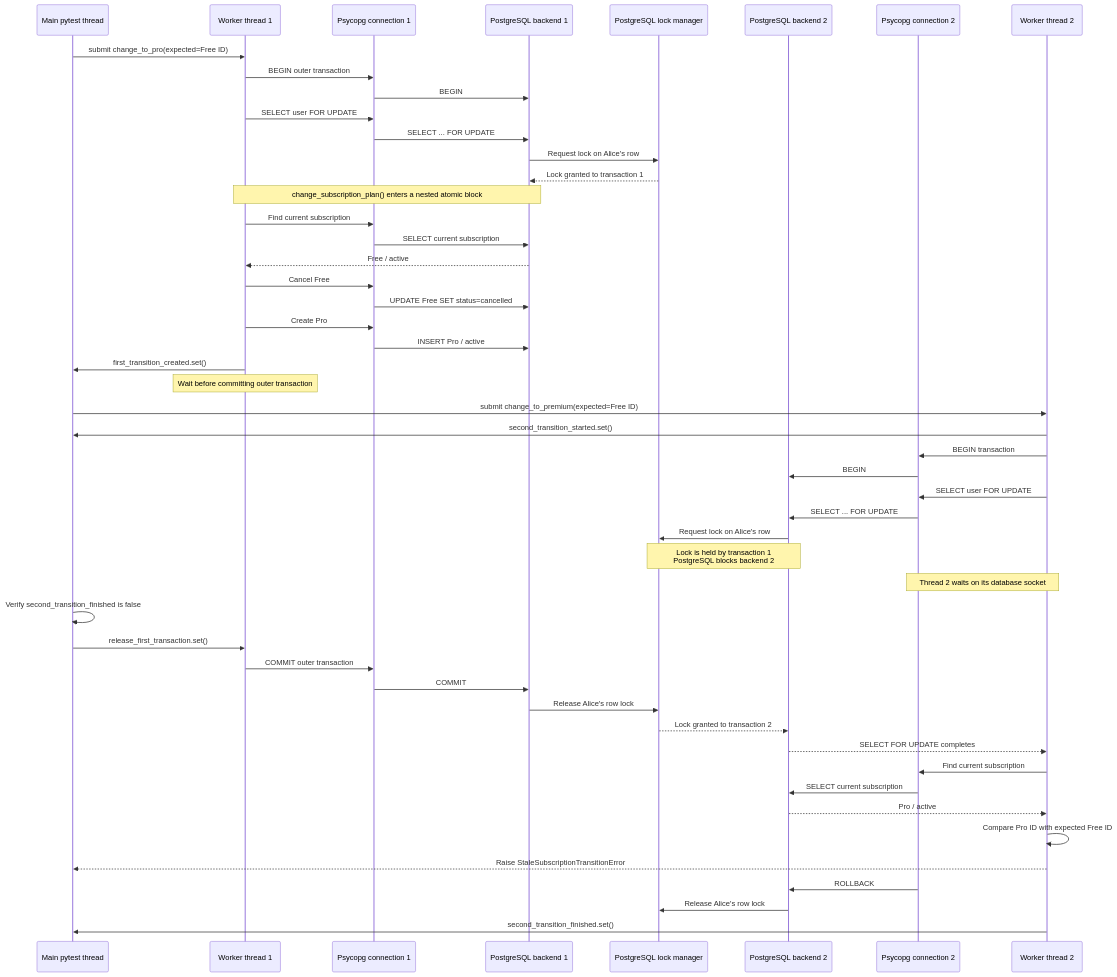
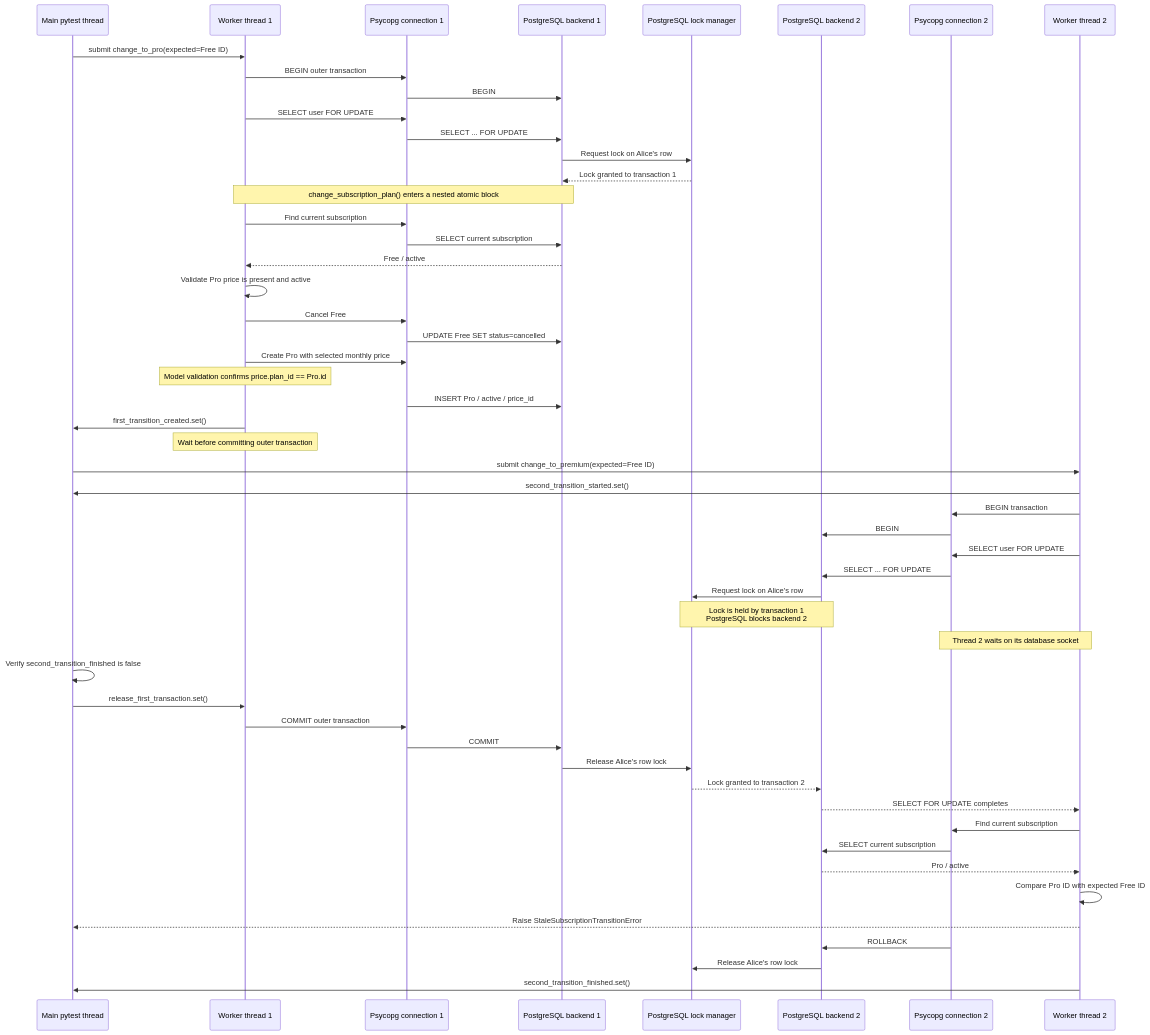
One commit to elvisrepo/long changed the second of 2 diagrams in reference_docs/knowledge/37-subscription-transition-concurrency.md. Above: the diagram before and after it, drawn with Mermaid. The commit also changed other lines of this file and 6 other files, not shown here.

Commit message:
feat(subscriptions): enforce selected prices during plan transitions

````diff
--- a/reference_docs/knowledge/37-subscription-transition-concurrency.md
+++ b/reference_docs/knowledge/37-subscription-transition-concurrency.md
@@ -93,70 +94,73 @@
 ```mermaid
 sequenceDiagram
     participant M as Main pytest thread
     participant T1 as Worker thread 1
     participant C1 as Psycopg connection 1
     participant P1 as PostgreSQL backend 1
     participant L as PostgreSQL lock manager
     participant P2 as PostgreSQL backend 2
     participant C2 as Psycopg connection 2
     participant T2 as Worker thread 2
 
     M->>T1: submit change_to_pro(expected=Free ID)
 
     T1->>C1: BEGIN outer transaction
     C1->>P1: BEGIN
 
     T1->>C1: SELECT user FOR UPDATE
     C1->>P1: SELECT ... FOR UPDATE
     P1->>L: Request lock on Alice's row
     L-->>P1: Lock granted to transaction 1
 
     Note over T1,P1: change_subscription_plan() enters a nested atomic block
 
     T1->>C1: Find current subscription
     C1->>P1: SELECT current subscription
     P1-->>T1: Free / active
 
+    T1->>T1: Validate Pro price is present and active
+
     T1->>C1: Cancel Free
     C1->>P1: UPDATE Free SET status=cancelled
 
-    T1->>C1: Create Pro
-    C1->>P1: INSERT Pro / active
+    T1->>C1: Create Pro with selected monthly price
+    Note over T1: Model validation confirms price.plan_id == Pro.id
+    C1->>P1: INSERT Pro / active / price_id
 
     T1->>M: first_transition_created.set()
     Note over T1: Wait before committing outer transaction
 
     M->>T2: submit change_to_premium(expected=Free ID)
     T2->>M: second_transition_started.set()
 
     T2->>C2: BEGIN transaction
     C2->>P2: BEGIN
 
     T2->>C2: SELECT user FOR UPDATE
     C2->>P2: SELECT ... FOR UPDATE
     P2->>L: Request lock on Alice's row
 
     Note over P2,L: Lock is held by transaction 1<br/>PostgreSQL blocks backend 2
     Note over T2,C2: Thread 2 waits on its database socket
 
     M->>M: Verify second_transition_finished is false
     M->>T1: release_first_transaction.set()
 
     T1->>C1: COMMIT outer transaction
     C1->>P1: COMMIT
     P1->>L: Release Alice's row lock
 
     L-->>P2: Lock granted to transaction 2
     P2-->>T2: SELECT FOR UPDATE completes
 
     T2->>C2: Find current subscription
     C2->>P2: SELECT current subscription
     P2-->>T2: Pro / active
 
     T2->>T2: Compare Pro ID with expected Free ID
     T2-->>M: Raise StaleSubscriptionTransitionError
     C2->>P2: ROLLBACK
     P2->>L: Release Alice's row lock
 
     T2->>M: second_transition_finished.set()
 ```
````
